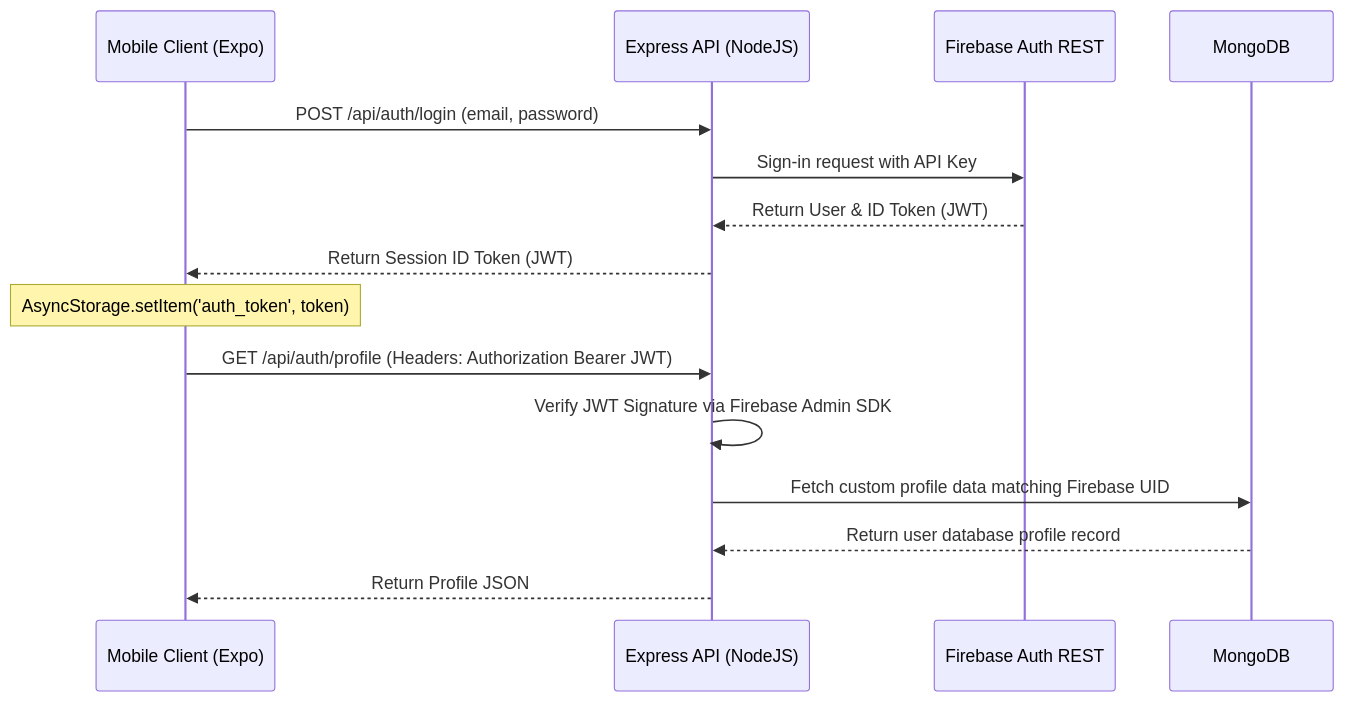
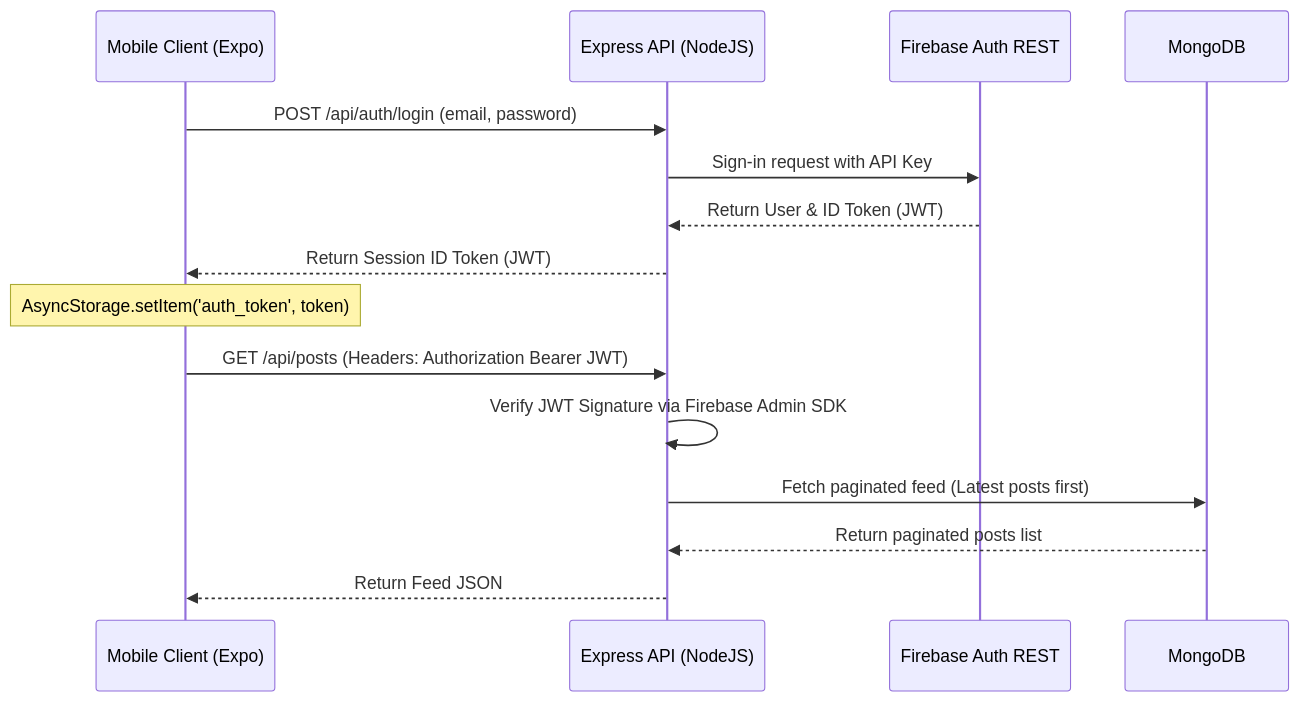
One commit to kumarrohit2002/post-your-thought-mobile changed the diagram in README.md. Above: the diagram before and after it, drawn with Mermaid. The commit also changed other lines of this file and 61 other files, not shown here.

````diff
--- a/README.md
+++ b/README.md
@@ -12,20 +13,20 @@
 ```mermaid
 sequenceDiagram
     participant Mobile Client (Expo)
     participant Express API (NodeJS)
     participant Firebase Auth REST
     participant MongoDB
     
     Mobile Client (Expo)->>Express API (NodeJS): POST /api/auth/login (email, password)
     Express API (NodeJS)->>Firebase Auth REST: Sign-in request with API Key
     Firebase Auth REST-->>Express API (NodeJS): Return User & ID Token (JWT)
     Express API (NodeJS)-->>Mobile Client (Expo): Return Session ID Token (JWT)
     
     Note over Mobile Client (Expo): AsyncStorage.setItem('auth_token', token)
     
-    Mobile Client (Expo)->>Express API (NodeJS): GET /api/auth/profile (Headers: Authorization Bearer JWT)
+    Mobile Client (Expo)->>Express API (NodeJS): GET /api/posts (Headers: Authorization Bearer JWT)
     Express API (NodeJS)->>Express API (NodeJS): Verify JWT Signature via Firebase Admin SDK
-    Express API (NodeJS)->>MongoDB: Fetch custom profile data matching Firebase UID
-    MongoDB-->>Express API (NodeJS): Return user database profile record
-    Express API (NodeJS)-->>Mobile Client (Expo): Return Profile JSON
+    Express API (NodeJS)->>MongoDB: Fetch paginated feed (Latest posts first)
+    MongoDB-->>Express API (NodeJS): Return paginated posts list
+    Express API (NodeJS)-->>Mobile Client (Expo): Return Feed JSON
 ```
````
